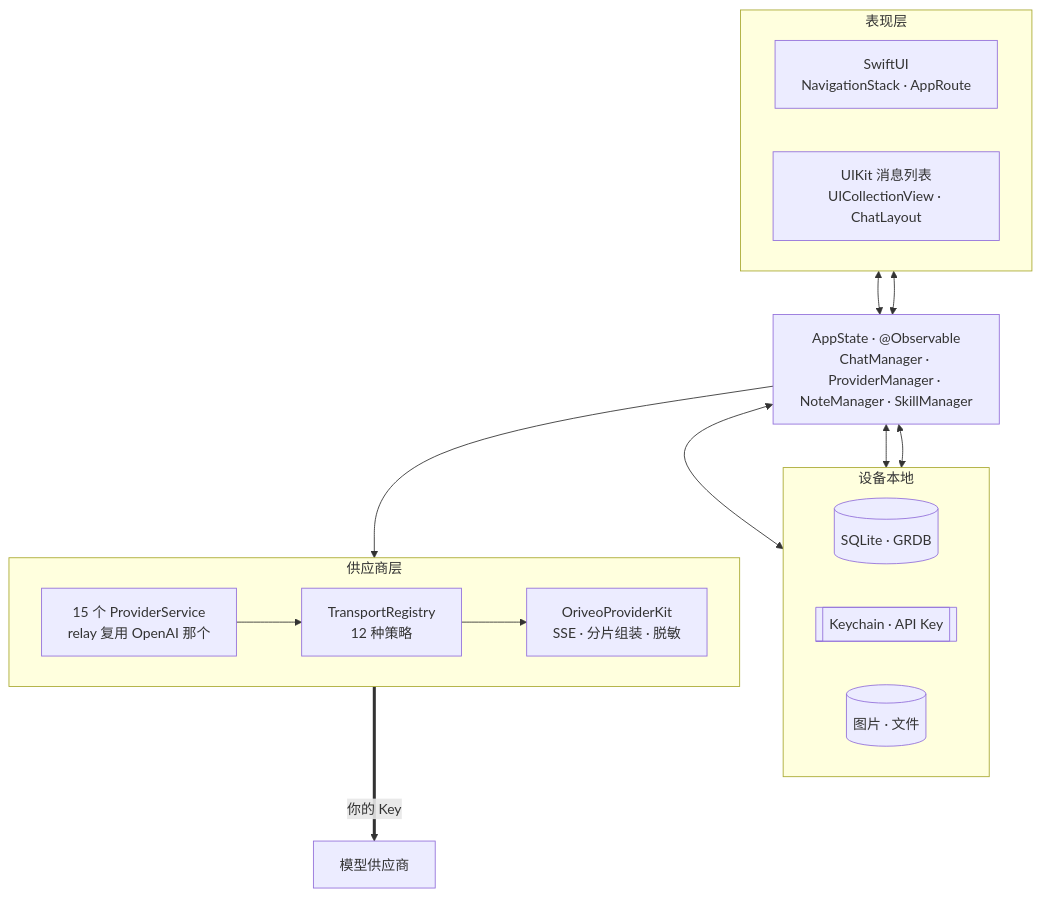
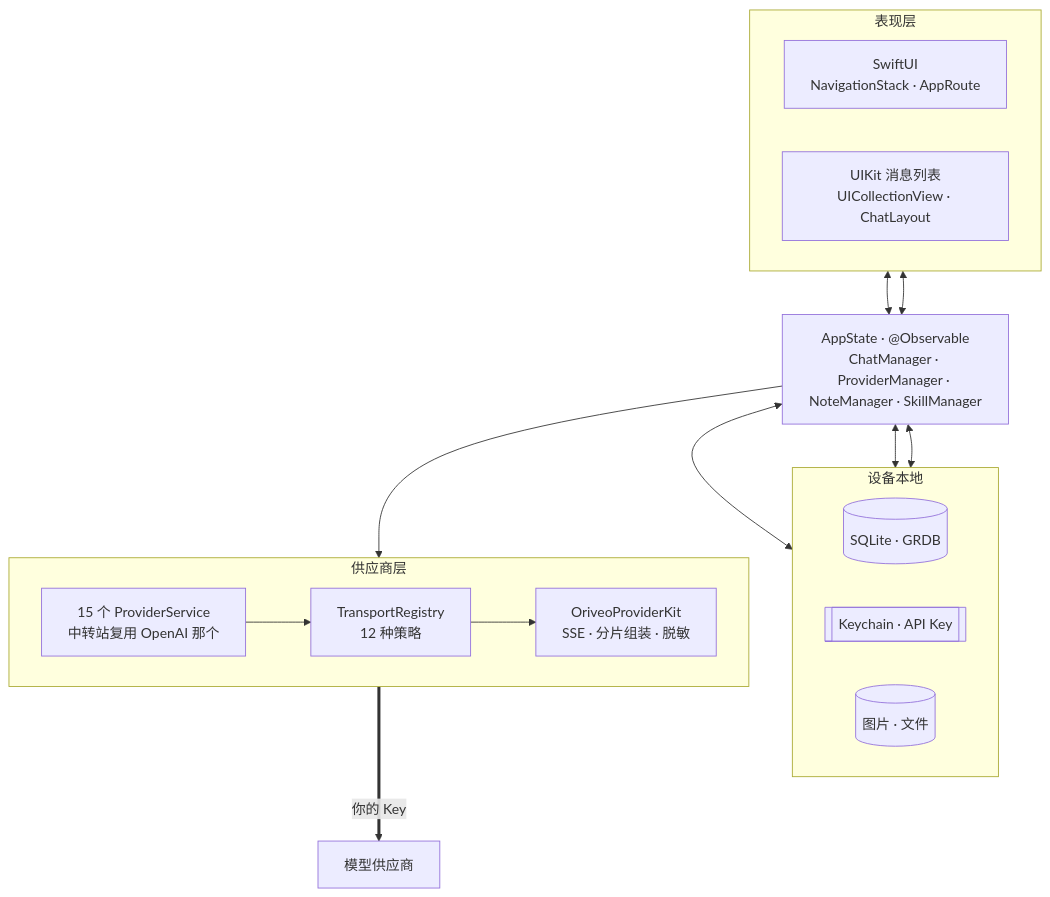
The first of 2 diagrams in readme_i18n/zh-Hans/ios.md (oriveo/oriveo), drawn with Mermaid before and after one commit. The commit also changed other lines of this file and 89 other files, not shown here.

````diff
--- a/readme_i18n/zh-Hans/ios.md
+++ b/readme_i18n/zh-Hans/ios.md
@@ -48,30 +48,30 @@
 ```mermaid
 flowchart TB
     subgraph ui ["表现层"]
         direction LR
         swiftui["SwiftUI<br/>NavigationStack · AppRoute"]
         uikit["UIKit 消息列表<br/>UICollectionView · ChatLayout"]
     end
 
     appstate["AppState · @Observable<br/>ChatManager · ProviderManager · NoteManager · SkillManager"]
 
     subgraph store ["设备本地"]
         direction LR
         grdb[("SQLite · GRDB")]
         keychain[["Keychain · API Key"]]
         files[("图片 · 文件")]
     end
 
     subgraph provider ["供应商层"]
         direction LR
-        services["15 个 ProviderService<br/>relay 复用 OpenAI 那个"]
+        services["15 个 ProviderService<br/>中转站复用 OpenAI 那个"]
         transports["TransportRegistry<br/>12 种策略"]
         kit["OriveoProviderKit<br/>SSE · 分片组装 · 脱敏"]
     end
 
     swiftui & uikit <--> appstate
     appstate <--> grdb & keychain & files
     appstate --> services
     services --> transports --> kit
     kit ==>|"你的 Key"| up["模型供应商"]
 ```
````
